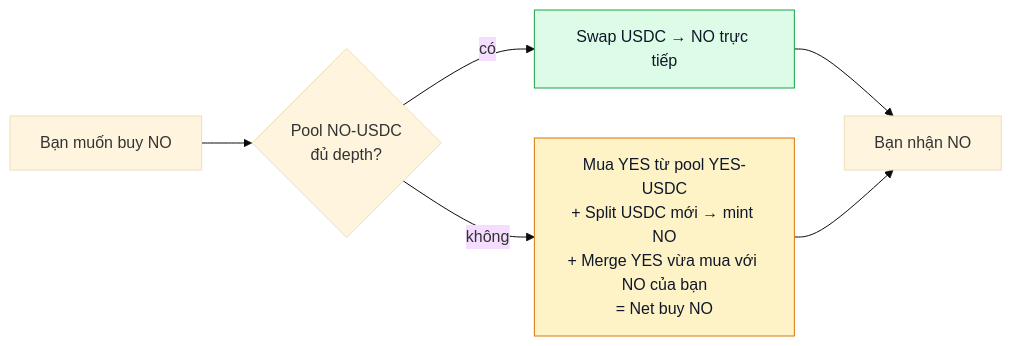
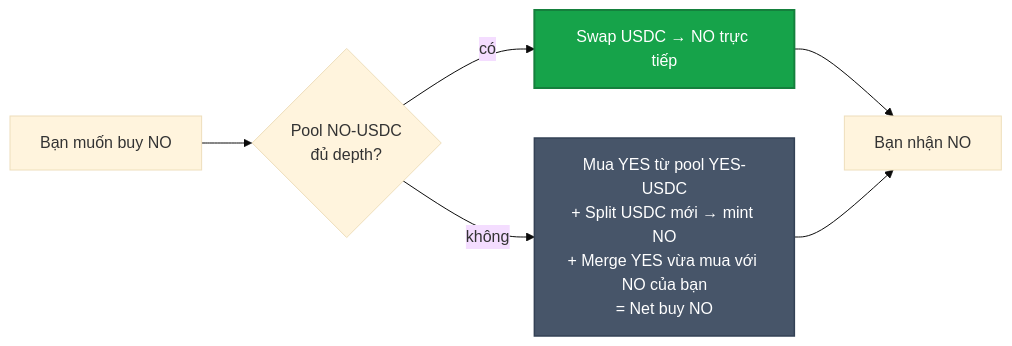
Before and after one commit to PrediX-Protocol/predix-docs: the diagram in vi_v6/huong-dan/giao-dich-market.md, drawn with Mermaid (base theme). The commit also changed 32 other files, not shown here.

First line of the commit message:
docs(vi_v6): redesign Mermaid theme — solid mid-tone palette + dark theme

````diff
--- a/vi_v6/huong-dan/giao-dich-market.md
+++ b/vi_v6/huong-dan/giao-dich-market.md
@@ -45,13 +45,13 @@
 ```mermaid
 flowchart LR
     Goal[Bạn muốn buy NO] --> NoLiq{Pool NO-USDC<br/>đủ depth?}
     NoLiq -->|có| Direct[Swap USDC → NO trực tiếp]
     NoLiq -->|không| Virtual[Mua YES từ pool YES-USDC<br/>+ Split USDC mới → mint NO<br/>+ Merge YES vừa mua với NO của bạn<br/>= Net buy NO]
     Direct --> Done[Bạn nhận NO]
     Virtual --> Done
 
-    classDef ok fill:#dcfce7,stroke:#16a34a,color:#0f172a
-    classDef tricky fill:#fef3c7,stroke:#d97706,color:#0f172a
+    classDef ok fill:#16a34a,stroke:#15803d,color:#fff,stroke-width:2px
+    classDef tricky fill:#475569,stroke:#334155,color:#fff,stroke-width:1.5px
     class Direct ok
     class Virtual tricky
 ```
````
